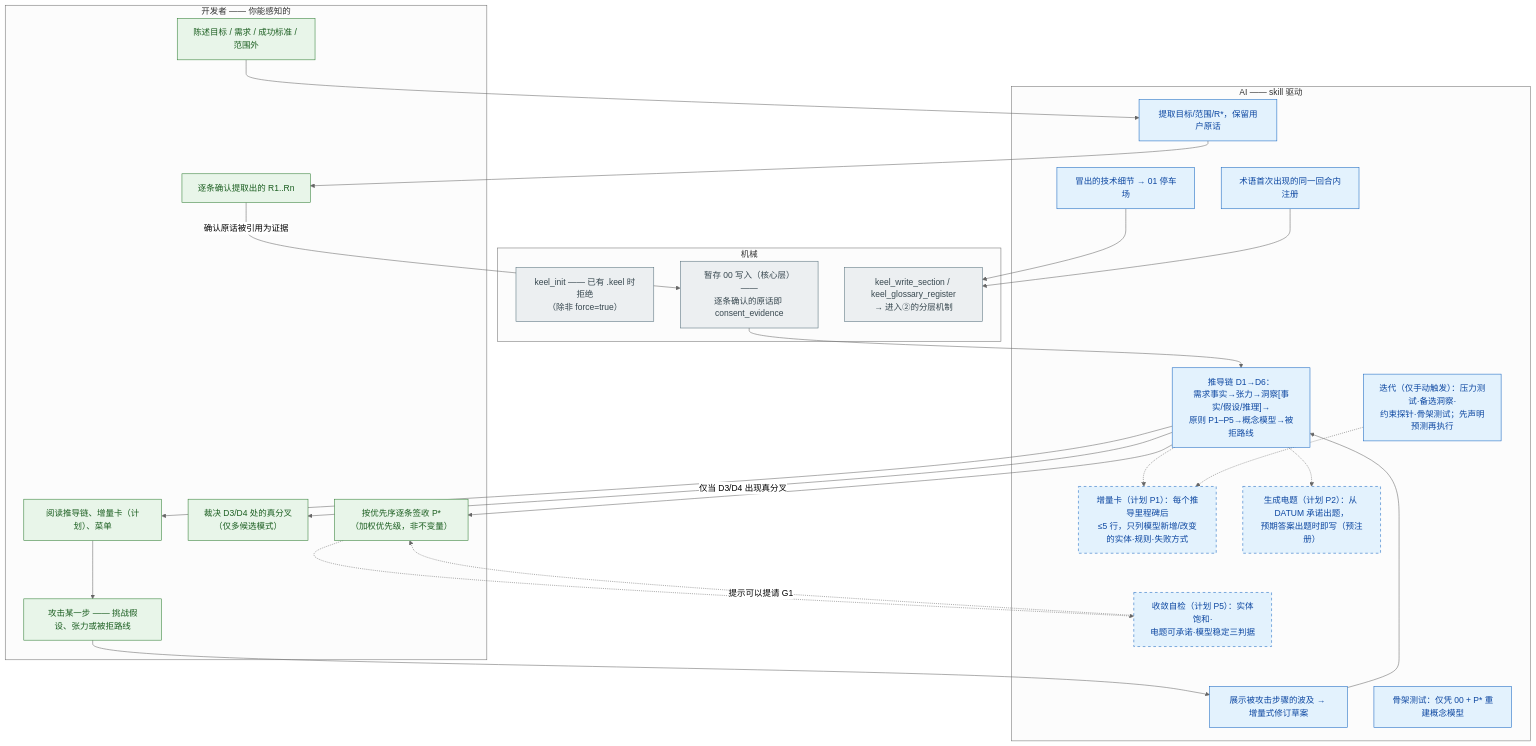
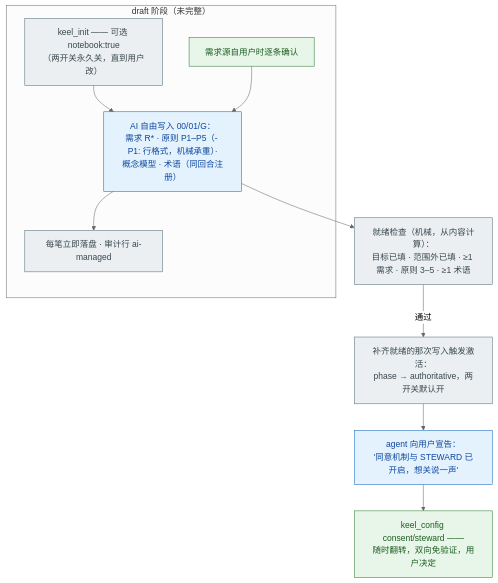
The third of 8 diagrams in docs/MENTAL-MODEL.md (maxi3777/Keel), drawn with Mermaid (neutral theme) before and after one commit. The commit also changed other lines of this file and 20 other files, not shown here.

First line of the commit message:
Keel v2.0.0: the authoritative notebook redesign (breaking)

````diff
--- a/docs/MENTAL-MODEL.md
+++ b/docs/MENTAL-MODEL.md
@@ -100,46 +84,22 @@
 ```mermaid
 flowchart TD
-    subgraph H["开发者 —— 你能感知的"]
-    STATE["陈述目标 / 需求 / 成功标准 / 范围外"]:::human
-    CONF["逐条确认提取出的 R1..Rn"]:::human
-    READ["阅读推导链、增量卡（计划）、菜单"]:::human
-    CHAL["攻击某一步 —— 挑战假设、张力或被拒路线"]:::human
-    FORK["裁决 D3/D4 处的真分叉<br/>（仅多候选模式）"]:::human
-    SIGN["按优先序逐条签收 P*<br/>（加权优先级，非不变量）"]:::human
+    subgraph D["draft 阶段（未完整）"]
+    INIT["keel_init —— 可选 notebook:true<br/>（两开关永久关，直到用户改）"]:::mech
+    FREE["AI 自由写入 00/01/G：<br/>需求 R* · 原则 P1–P5（- P1: 行格式，机械承重）·<br/>概念模型 · 术语（同回合注册）"]:::ai
+    LOGD["每笔立即落盘 · 审计行 ai-managed"]:::mech
+    CONF["需求源自用户时逐条确认"]:::human
     end
-    subgraph A["AI —— skill 驱动"]
-    EXTRACT["提取目标/范围/R*，保留用户原话"]:::ai
-    DCHAIN["推导链 D1→D6：<br/>需求事实→张力→洞察[事实/假设/推理]→<br/>原则 P1–P5→概念模型→被拒路线"]:::ai
-    TERM["术语首次出现的同一回合内注册"]:::ai
-    RIP["展示被攻击步骤的波及 → 增量式修订草案"]:::ai
-    PARK["冒出的技术细节 → 01 停车场"]:::ai
-    SKEL["骨架测试：仅凭 00 + P* 重建概念模型"]:::ai
-    ITER["迭代（仅手动触发）：压力测试·备选洞察·<br/>约束探针·骨架测试；先声明预测再执行"]:::ai
-    CARD["增量卡（计划 P1）：每个推导里程碑后<br/>≤5 行，只列模型新增/改变的实体·规则·失败方式"]:::plantai
-    BATGEN["生成电题（计划 P2）：从 DATUM 承诺出题，<br/>预期答案出题时即写（预注册）"]:::plantai
-    CONV["收敛自检（计划 P5）：实体饱和·<br/>电题可承诺·模型稳定三判据"]:::plantai
-    end
-    subgraph M["机械"]
-    INIT["keel_init —— 已有 .keel 时拒绝<br/>（除非 force=true）"]:::mech
-    W00["暂存 00 写入（核心层）——<br/>逐条确认的原话即 consent_evidence"]:::mech
-    PROPOSE["keel_write_section / keel_glossary_register<br/>→ 进入②的分层机制"]:::mech
-    end
+    READY["就绪检查（机械，从内容计算）：<br/>目标已填 · 范围外已填 · ≥1 需求 · 原则 3–5 · ≥1 术语"]:::mech
+    ACT["补齐就绪的那次写入触发激活：<br/>phase → authoritative，两开关默认开"]:::mech
+    TELL["agent 向用户宣告：<br/>'同意机制与 STEWARD 已开启，想关说一声'"]:::ai
+    SW["keel_config consent/steward ——<br/>随时翻转，双向免验证，用户决定"]:::human
 
-    STATE --> EXTRACT --> CONF
-    CONF -->|"确认原话被引用为证据"| W00
-    W00 --> DCHAIN --> READ
-    DCHAIN -.-> CARD
-    DCHAIN -.-> BATGEN
-    READ --> CHAL --> RIP --> DCHAIN
-    DCHAIN -->|"仅当 D3/D4 出现真分叉"| FORK
-    PARK --> PROPOSE
-    TERM --> PROPOSE
-    DCHAIN --> SIGN
-    SIGN -.-> CONV
-    CONV -.->|"提示可以提请 G1"| SIGN
-    ITER -.-> CARD
+    INIT --> FREE --> LOGD
+    CONF --> FREE
+    FREE --> READY
+    READY -->|"通过"| ACT --> TELL
+    TELL --> SW
     classDef human fill:#e8f5e9,stroke:#2e7d32,color:#1b5e20
     classDef ai fill:#e3f2fd,stroke:#1565c0,color:#0d47a1
     classDef mech fill:#eceff1,stroke:#546e7a,color:#37474f
-    classDef plantai fill:#e3f2fd,stroke:#1565c0,stroke-dasharray:5 5,color:#0d47a1
 ```
````
